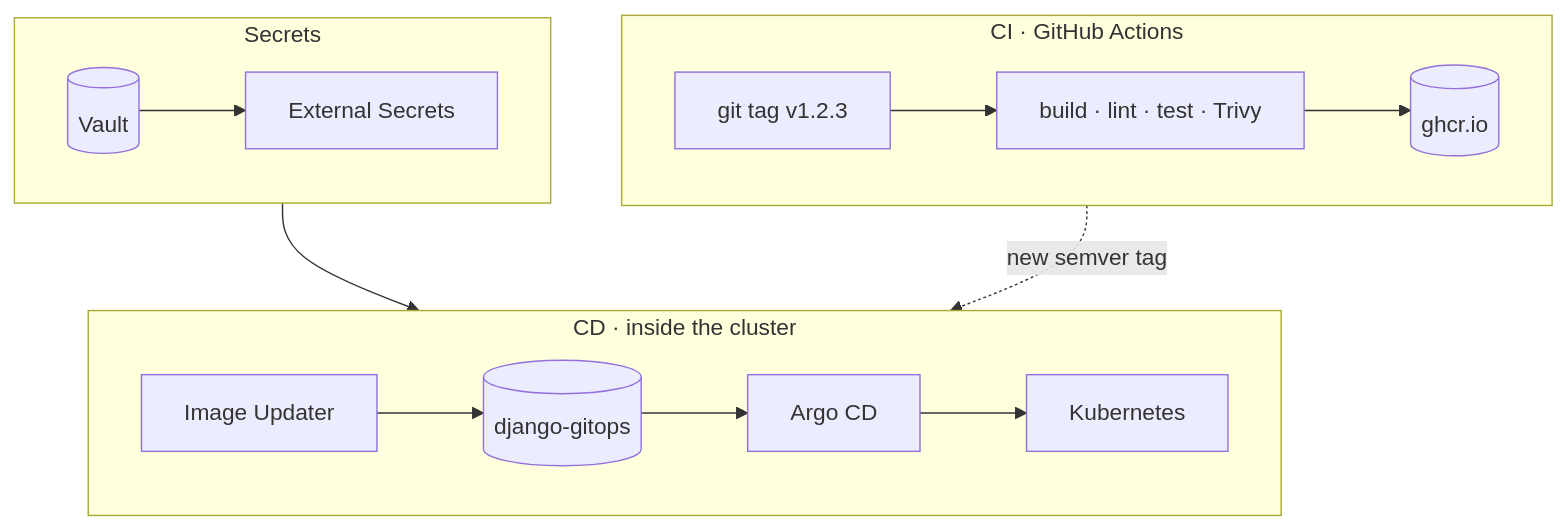
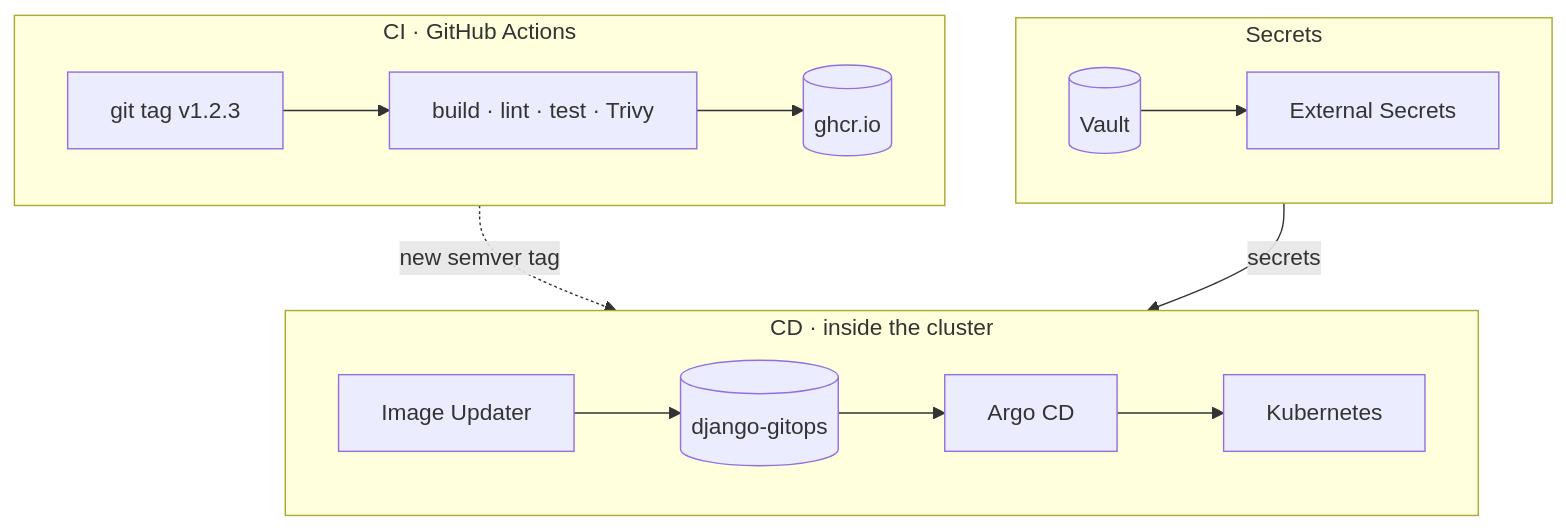
The diagram in README.md (filooww/filooww), drawn with Mermaid before and after one commit.

Commit message:
Fix diagram layout

````diff
--- a/README.md
+++ b/README.md
@@ -30,17 +30,17 @@
 ```mermaid
 flowchart TB
   subgraph CI["CI · GitHub Actions"]
     direction LR
     tag[git tag v1.2.3] --> build[build · lint · test · Trivy] --> ghcr[(ghcr.io)]
   end
   subgraph CD["CD · inside the cluster"]
     direction LR
     iu[Image Updater] --> repo[(django-gitops)] --> argo[Argo CD] --> k8s[Kubernetes]
   end
   subgraph SEC["Secrets"]
     direction LR
     vault[(Vault)] --> eso[External Secrets]
   end
-  ghcr -. new semver tag .-> iu
-  eso --> k8s
+  CI -. new semver tag .-> CD
+  SEC -- secrets --> CD
 ```
````
